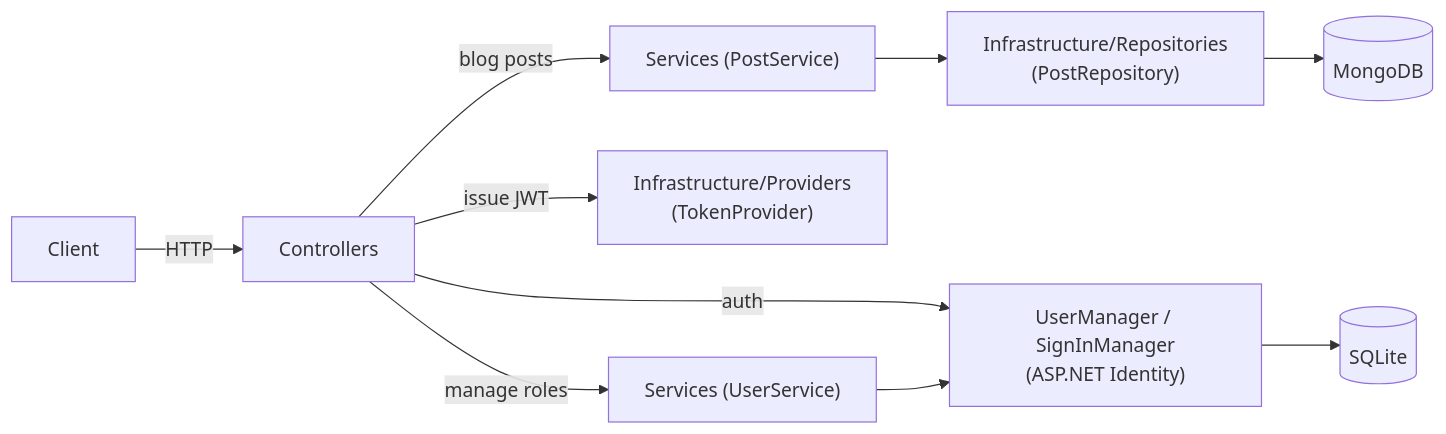
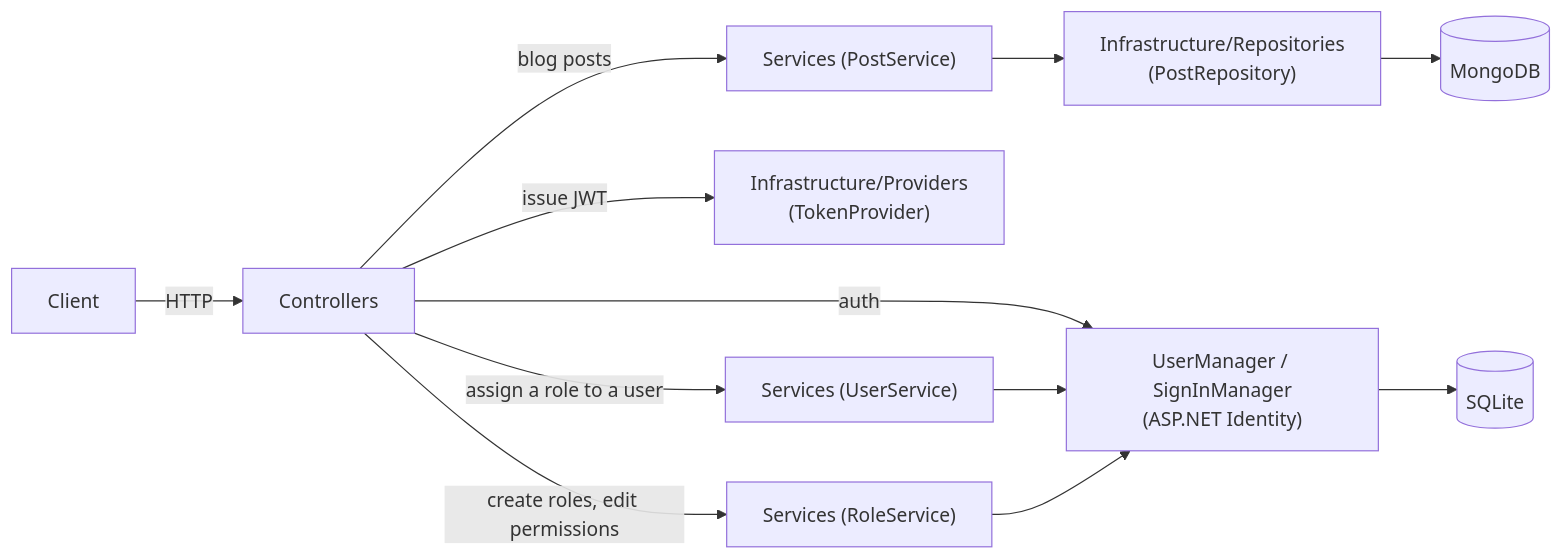
Before and after one commit to KarelDolansky/BlogMVC: the diagram in docs/ARCHITECTURE.md, drawn with Mermaid. The commit also changed other lines of this file and 39 other files, not shown here.

````diff
--- a/docs/ARCHITECTURE.md
+++ b/docs/ARCHITECTURE.md
@@ -8,12 +8,14 @@
 ```mermaid
 flowchart LR
     Client -->|HTTP| Controllers
     Controllers -->|blog posts| Services["Services (PostService)"]
     Services --> Repositories["Infrastructure/Repositories\n(PostRepository)"]
     Repositories --> MongoDB[(MongoDB)]
     Controllers -->|auth| Identity["UserManager / SignInManager\n(ASP.NET Identity)"]
     Identity --> SQLite[(SQLite)]
     Controllers -->|issue JWT| TokenProvider["Infrastructure/Providers\n(TokenProvider)"]
-    Controllers -->|manage roles| UserService["Services (UserService)"]
+    Controllers -->|assign a role to a user| UserService["Services (UserService)"]
     UserService --> Identity
+    Controllers -->|create roles, edit permissions| RoleService["Services (RoleService)"]
+    RoleService --> Identity
 ```
````
